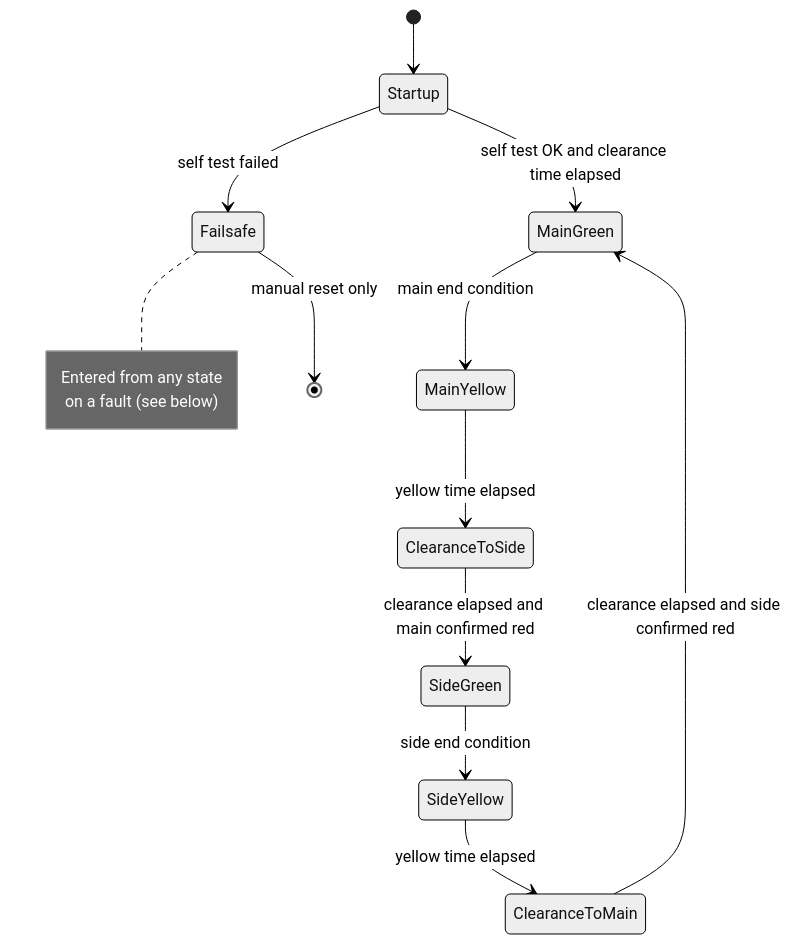
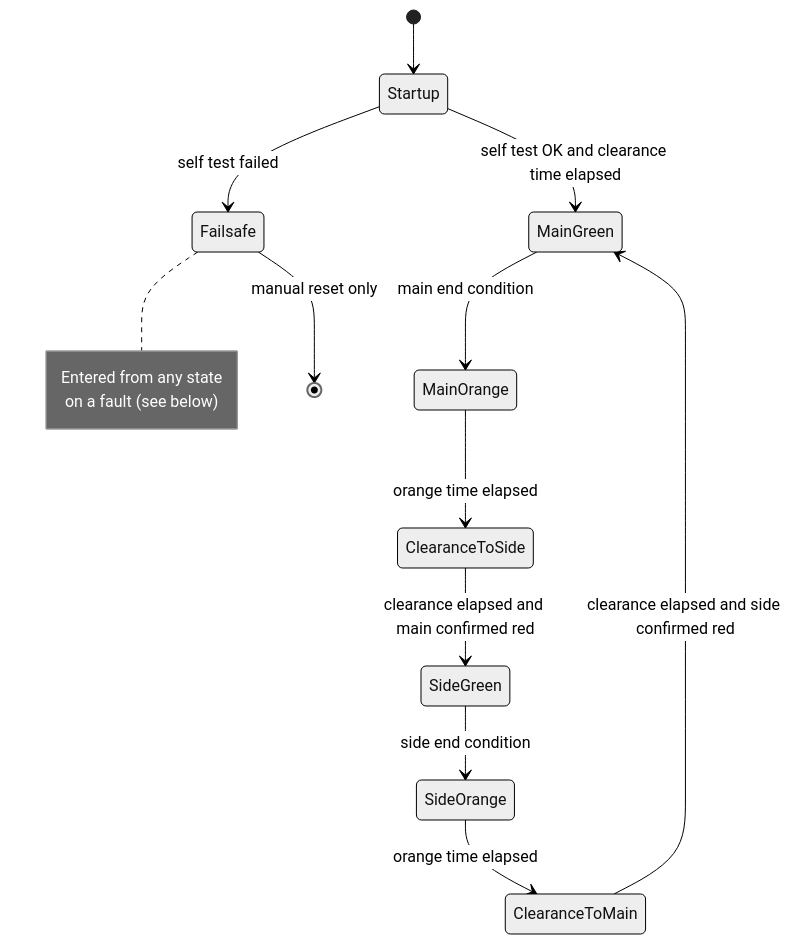
Before and after one commit to ahmad-sy1/slimme-verkeersregeling: the third of 3 diagrams in docs/technical-design.md, drawn with Mermaid (neutral theme). The commit also changed other lines of this file and 1 other file, not shown here.

````diff
--- a/docs/technical-design.md
+++ b/docs/technical-design.md
@@ -257,17 +384,17 @@
 ```mermaid
 stateDiagram-v2
     [*] --> Startup
     Startup --> MainGreen: self test OK and clearance time elapsed
     Startup --> Failsafe: self test failed
-    MainGreen --> MainYellow: main end condition
-    MainYellow --> ClearanceToSide: yellow time elapsed
+    MainGreen --> MainOrange: main end condition
+    MainOrange --> ClearanceToSide: orange time elapsed
     ClearanceToSide --> SideGreen: clearance elapsed and main confirmed red
-    SideGreen --> SideYellow: side end condition
-    SideYellow --> ClearanceToMain: yellow time elapsed
+    SideGreen --> SideOrange: side end condition
+    SideOrange --> ClearanceToMain: orange time elapsed
     ClearanceToMain --> MainGreen: clearance elapsed and side confirmed red
     Failsafe --> [*]: manual reset only
     note right of Failsafe
         Entered from any state
         on a fault (see below)
     end note
 ```
````
